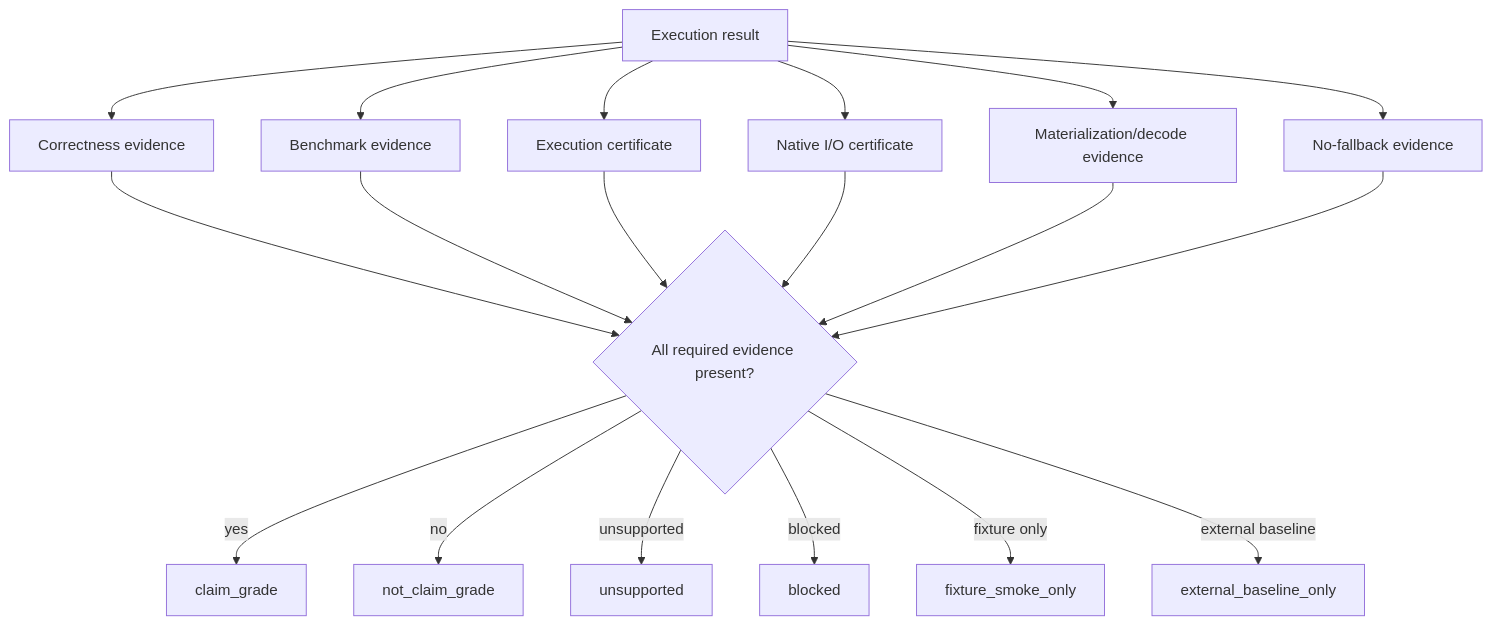
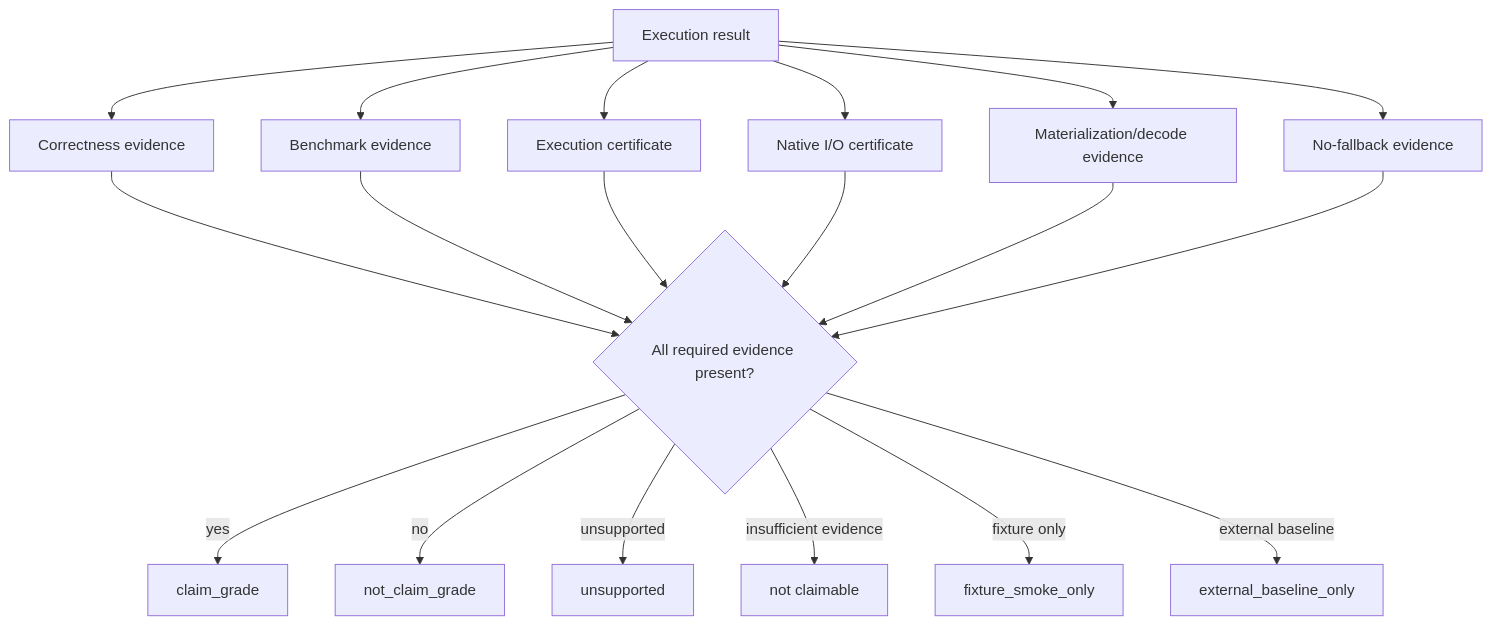
One commit to depsilon/shardloom changed the third of 3 diagrams in docs/architecture/compute-engine-flow-reference.md. Above: the diagram before and after it, drawn with Mermaid. The commit also changed other lines of this file and 4 other files, not shown here.

Commit message:
Add global architecture review carry-forward (#565)

````diff
--- a/docs/architecture/compute-engine-flow-reference.md
+++ b/docs/architecture/compute-engine-flow-reference.md
@@ -466,23 +563,23 @@
 ```mermaid
 flowchart TD
     A["Execution result"] --> B["Correctness evidence"]
     A --> C["Benchmark evidence"]
     A --> D["Execution certificate"]
     A --> E["Native I/O certificate"]
     A --> F["Materialization/decode evidence"]
     A --> G["No-fallback evidence"]
 
     B --> H{"All required evidence present?"}
     C --> H
     D --> H
     E --> H
     F --> H
     G --> H
 
     H -->|yes| I["claim_grade"]
     H -->|no| J["not_claim_grade"]
     H -->|unsupported| K["unsupported"]
-    H -->|blocked| L["blocked"]
+    H -->|insufficient evidence| L["not claimable"]
     H -->|fixture only| M["fixture_smoke_only"]
     H -->|external baseline| N["external_baseline_only"]
 ```
````
